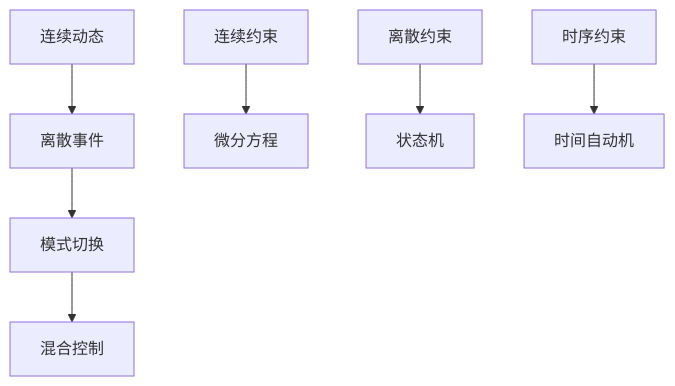
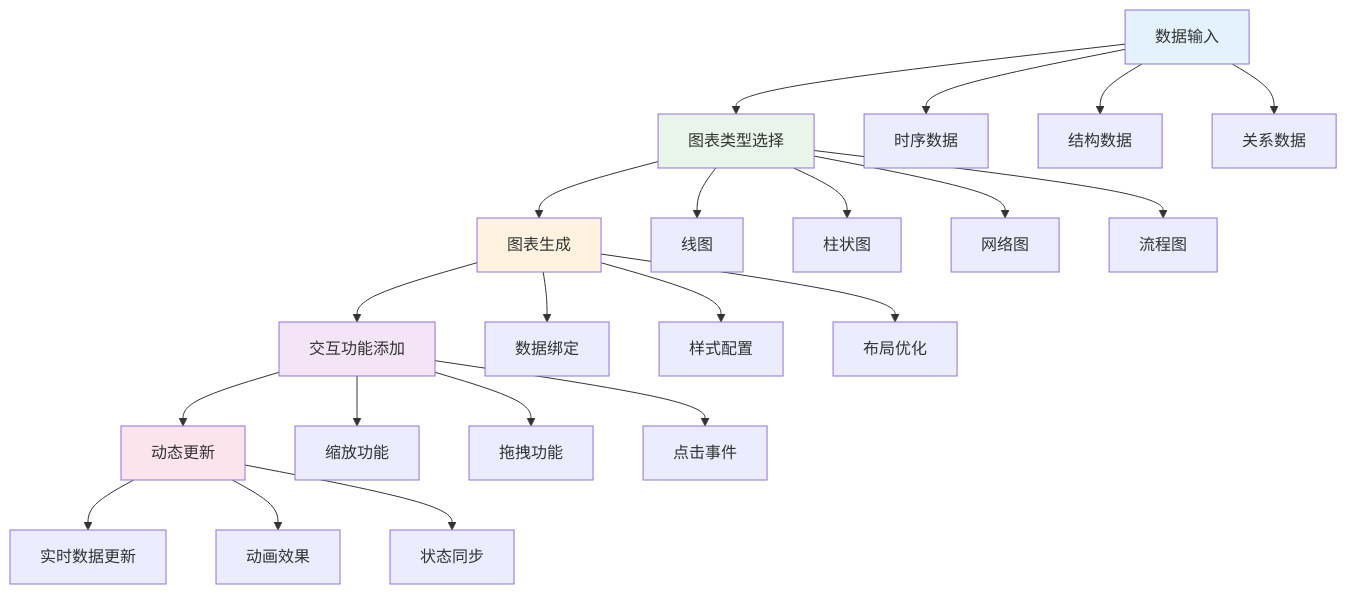
The ninth of 9 diagrams in analysis/1-形式化理论/1.3-时序逻辑与控制/1.3.6-图表与多表征.md (AdaMartin18010/Lean), drawn with Mermaid before and after one commit. The commit also changed other lines of this file and 24 other files, not shown here.

````diff
--- a/analysis/1-形式化理论/1.3-时序逻辑与控制/1.3.6-图表与多表征.md
+++ b/analysis/1-形式化理论/1.3-时序逻辑与控制/1.3.6-图表与多表征.md
@@ -129,10 +523,34 @@
 ```mermaid
-graph TD
-  A[连续动态] --> B[离散事件]
-  B --> C[模式切换]
-  C --> D[混合控制]
-  
-  E[连续约束] --> F[微分方程]
-  G[离散约束] --> H[状态机]
-  I[时序约束] --> J[时间自动机]
+graph TB
+    A[数据输入] --> B[图表类型选择]
+    B --> C[图表生成]
+    C --> D[交互功能添加]
+    D --> E[动态更新]
+    
+    A --> F[时序数据]
+    A --> G[结构数据]
+    A --> H[关系数据]
+    
+    B --> I[线图]
+    B --> J[柱状图]
+    B --> K[网络图]
+    B --> L[流程图]
+    
+    C --> M[数据绑定]
+    C --> N[样式配置]
+    C --> O[布局优化]
+    
+    D --> P[缩放功能]
+    D --> Q[拖拽功能]
+    D --> R[点击事件]
+    
+    E --> S[实时数据更新]
+    E --> T[动画效果]
+    E --> U[状态同步]
+    
+    style A fill:#e3f2fd
+    style B fill:#e8f5e8
+    style C fill:#fff3e0
+    style D fill:#f3e5f5
+    style E fill:#fce4ec
 ```
````
